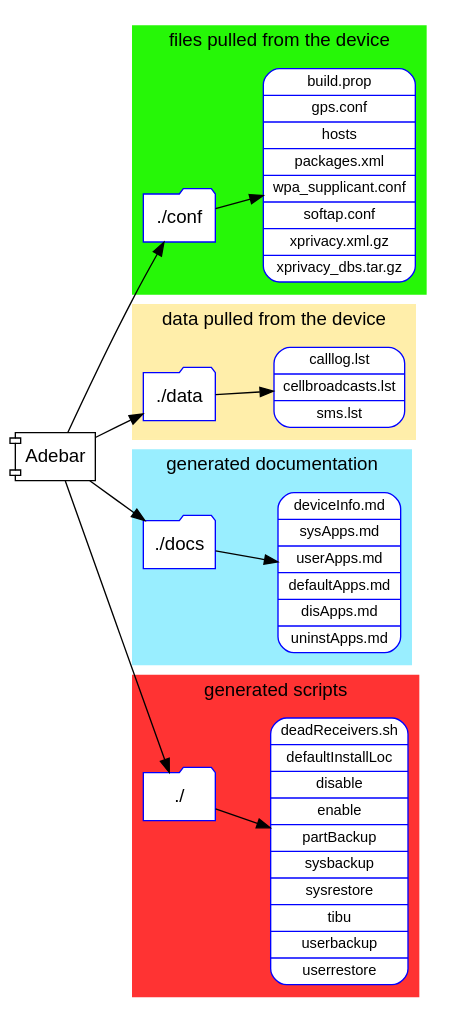
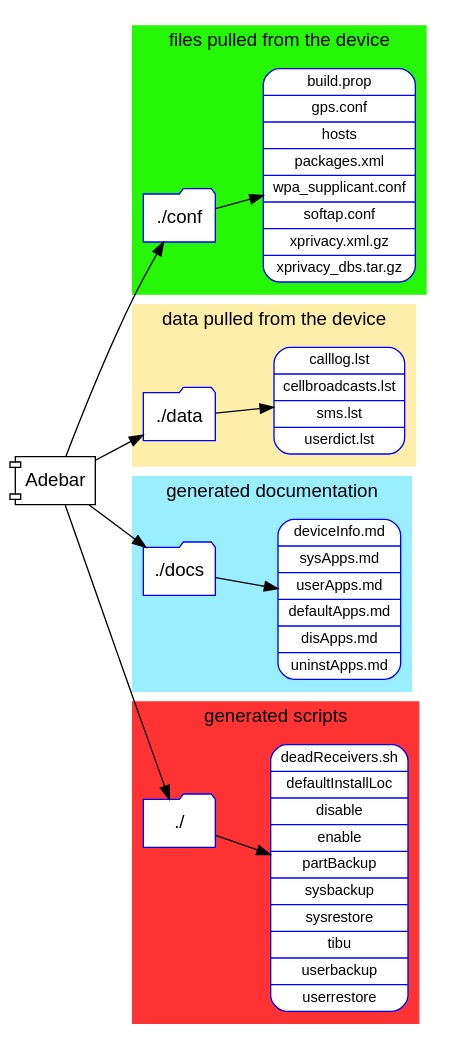
The diagram in doc/AdebarFiles.gv (emtee40/adebar), drawn with Graphviz before and after one commit. The commit also changed 3 other files, not shown here.

```diff
--- a/doc/AdebarFiles.gv
+++ b/doc/AdebarFiles.gv
@@ -1,62 +1,62 @@
 digraph AdebarFiles {
 /* Files generated by Adebar. Graphviz data file. */
 
   fontname = Arial;
   node [ fontname = Arial ];
   rankdir = LR;
 
   subgraph cluster_conf {
     rankdir = LR;
     style = filled;
     color = "#26f707";
     node [ style=filled, color=blue, fillcolor=white ];
     label = "files pulled from the device";
 
     conf [ shape = folder, label = "./conf" ];
     conffiles [ shape = Mrecord, fontsize = 11, label = "build.prop|gps.conf|hosts|packages.xml|wpa_supplicant.conf|softap.conf|xprivacy.xml.gz|xprivacy_dbs.tar.gz" ];
     conf -> conffiles;
   }
 
   subgraph cluster_data {
     rankdir = LR;
     style = filled;
     color = "#ffeeaa";
     node [ style=filled, color=blue, fillcolor=white ];
     label = "data pulled from the device";
 
     data [ shape = folder, label = "./data" ];
-    datafiles [ shape = Mrecord, fontsize = 11, label = "calllog.lst|cellbroadcasts.lst|sms.lst" ];
+    datafiles [ shape = Mrecord, fontsize = 11, label = "calllog.lst|cellbroadcasts.lst|sms.lst|userdict.lst" ];
     data -> datafiles;
   }
 
   subgraph cluster_doc {
     rankdir = LR;
     style = filled;
     color = "#99eeff";
     node [ style=filled, color=blue, fillcolor=white ];
     label = "generated documentation"
 
     docs [ shape = folder, label = "./docs" ];
     docfiles [ shape = Mrecord, fontsize = 11, label = "deviceInfo.md|sysApps.md|userApps.md|defaultApps.md|disApps.md|uninstApps.md" ];
     docs -> docfiles;
   }
 
   subgraph cluster_scripts {
     rankdir = LR;
     style = filled;
     color = "#ff3333";
     node [ style=filled, color=blue, fillcolor=white ];
     label = "generated scripts";
 
     scripts [ shape = folder, label = "./" ];
     scriptfiles [ shape= Mrecord, fontsize = 11, label = "deadReceivers.sh|defaultInstallLoc|disable|enable|partBackup|sysbackup|sysrestore|tibu|userbackup|userrestore" ];
     scripts -> scriptfiles;
   }
 
   Adebar [ shape = component ];
   Adebar -> conf;
   Adebar -> data;
   Adebar -> docs;
   Adebar -> scripts;
 
 }
```
